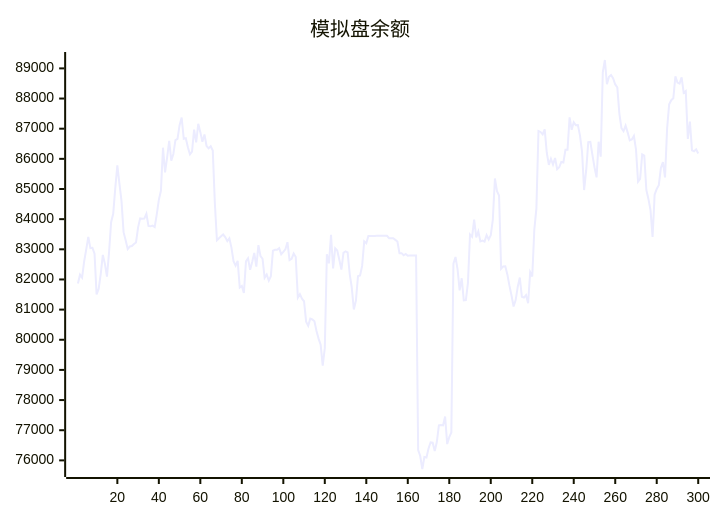
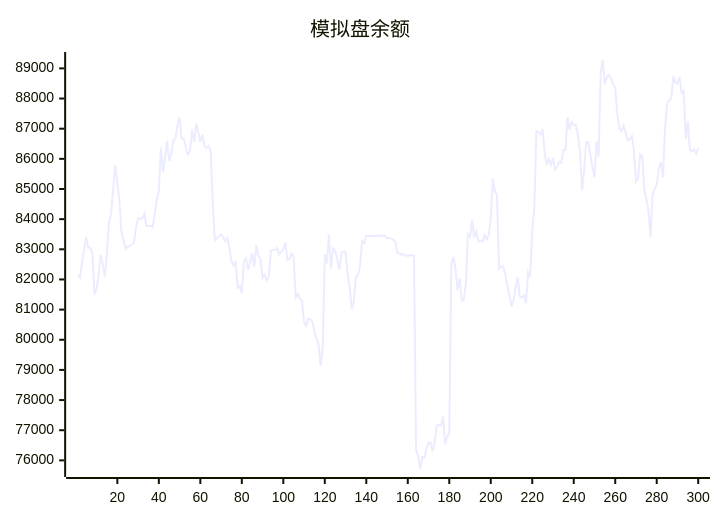
One commit to aahl/ai-trading changed the diagram in README.md. Above: the diagram before and after it, drawn with Mermaid. The commit also changed other lines of this file and 1 other file, not shown here.

````diff
--- a/README.md
+++ b/README.md
@@ -5,5 +5,5 @@
 ```mermaid
 xychart
     title "模拟盘余额"
-    line [81866,82158,82061,82596,83000,83408,83041,83050,82858,81503,81691,82188,82812,82517,82092,82901,83898,84180,85030,85781,85178,84604,83569,83298,83008,83093,83107,83175,83228,83729,84025,84017,84019,84177,83775,83762,83785,83738,84160,84639,84939,86370,85548,86046,86599,85942,86161,86622,86664,87115,87369,86666,86685,86384,86152,86243,86969,86548,87164,86885,86566,86809,86427,86348,86417,86273,84538,83299,83369,83430,83490,83404,83270,83362,83056,82605,82459,82614,81734,81788,81551,82598,82702,82320,82580,82878,82426,83139,82778,82686,82056,82166,81963,82110,82951,82983,82984,83038,82838,82915,82998,83235,82642,82682,82858,82746,81396,81512,81362,81277,80600,80461,80699,80673,80616,80288,80038,79836,79142,79722,82837,82533,83480,82366,83032,82960,82654,82330,82883,82934,82901,82188,81728,81005,81298,82110,82135,82449,83264,83203,83440,83439,83440,83440,83446,83447,83448,83447,83448,83449,83369,83369,83369,83313,83256,82872,82873,82801,82844,82785,82791,82791,82793,82794,76339,76145,75714,76110,76096,76397,76594,76585,76310,76607,77160,77170,77160,77456,76541,76774,76927,82520,82744,82337,81639,82040,81307,81314,81887,83490,83414,83984,83396,83594,83261,83287,83253,83470,83327,83465,83987,85348,84930,84786,82355,82433,82438,82167,81795,81466,81105,81315,81756,82064,81426,81398,81481,81210,82242,82099,83658,84359,86925,86892,86814,86980,86203,85802,86003,85811,86028,85657,85721,85896,85880,86300,86299,87378,86965,87214,87115,87118,86780,86238,84966,85623,86555,86562,86129,85722,85387,86569,86070,88870,89278,88477,88720,88781,88668,88467,88372,87493,87018,86917,87102,86870,86613,86644,86758,86317,85242,85334,86149,86106,84968,84671,84302,83410,84816,85001,85127,85693,85891,85384,87001,87811,87945,88007,88734,88528,88495,88705,88189,88248,86662,87234,86279,86251,86314,86177]
+    line [82158,82061,82596,83000,83408,83041,83050,82858,81503,81691,82188,82812,82517,82092,82901,83898,84180,85030,85781,85178,84604,83569,83298,83008,83093,83107,83175,83228,83729,84025,84017,84019,84177,83775,83762,83785,83738,84160,84639,84939,86370,85548,86046,86599,85942,86161,86622,86664,87115,87369,86666,86685,86384,86152,86243,86969,86548,87164,86885,86566,86809,86427,86348,86417,86273,84538,83299,83369,83430,83490,83404,83270,83362,83056,82605,82459,82614,81734,81788,81551,82598,82702,82320,82580,82878,82426,83139,82778,82686,82056,82166,81963,82110,82951,82983,82984,83038,82838,82915,82998,83235,82642,82682,82858,82746,81396,81512,81362,81277,80600,80461,80699,80673,80616,80288,80038,79836,79142,79722,82837,82533,83480,82366,83032,82960,82654,82330,82883,82934,82901,82188,81728,81005,81298,82110,82135,82449,83264,83203,83440,83439,83440,83440,83446,83447,83448,83447,83448,83449,83369,83369,83369,83313,83256,82872,82873,82801,82844,82785,82791,82791,82793,82794,76339,76145,75714,76110,76096,76397,76594,76585,76310,76607,77160,77170,77160,77456,76541,76774,76927,82520,82744,82337,81639,82040,81307,81314,81887,83490,83414,83984,83396,83594,83261,83287,83253,83470,83327,83465,83987,85348,84930,84786,82355,82433,82438,82167,81795,81466,81105,81315,81756,82064,81426,81398,81481,81210,82242,82099,83658,84359,86925,86892,86814,86980,86203,85802,86003,85811,86028,85657,85721,85896,85880,86300,86299,87378,86965,87214,87115,87118,86780,86238,84966,85623,86555,86562,86129,85722,85387,86569,86070,88870,89278,88477,88720,88781,88668,88467,88372,87493,87018,86917,87102,86870,86613,86644,86758,86317,85242,85334,86149,86106,84968,84671,84302,83410,84816,85001,85127,85693,85891,85384,87001,87811,87945,88007,88734,88528,88495,88705,88189,88248,86662,87234,86279,86251,86314,86177,86364]
 ```
````
